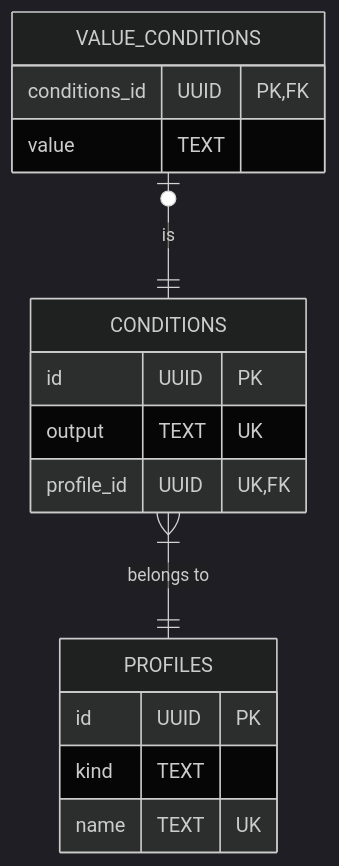
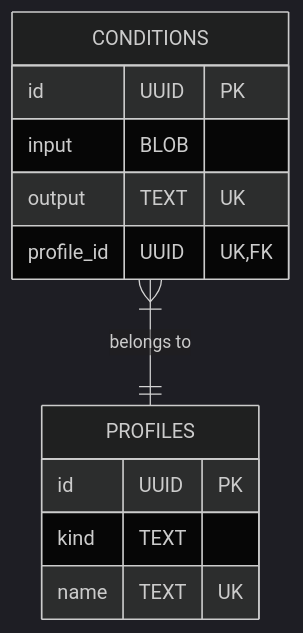
The diagram in docs/entity-relationship-diagram.md (valentinbersi/NS2Windows), drawn with Mermaid (dark theme) before and after one commit.

Commit message:
docs: 📜 removed VALUE_CONDITIONS table and added input field to CONDITIONS table

````diff
--- a/docs/entity-relationship-diagram.md
+++ b/docs/entity-relationship-diagram.md
@@ -1,22 +1,17 @@
 ```mermaid
 erDiagram
     CONDITIONS {
         id UUID PK
+        input BLOB
         output TEXT UK
         profile_id UUID UK, FK
-    }
-
-    VALUE_CONDITIONS {
-        conditions_id UUID PK, FK
-        value TEXT
     }
 
     PROFILES {
         id UUID PK
         kind TEXT
         name TEXT UK
     }
 
     CONDITIONS }|--|| PROFILES: "belongs to"
-    VALUE_CONDITIONS |o--|| CONDITIONS: "is"
 ```
````
